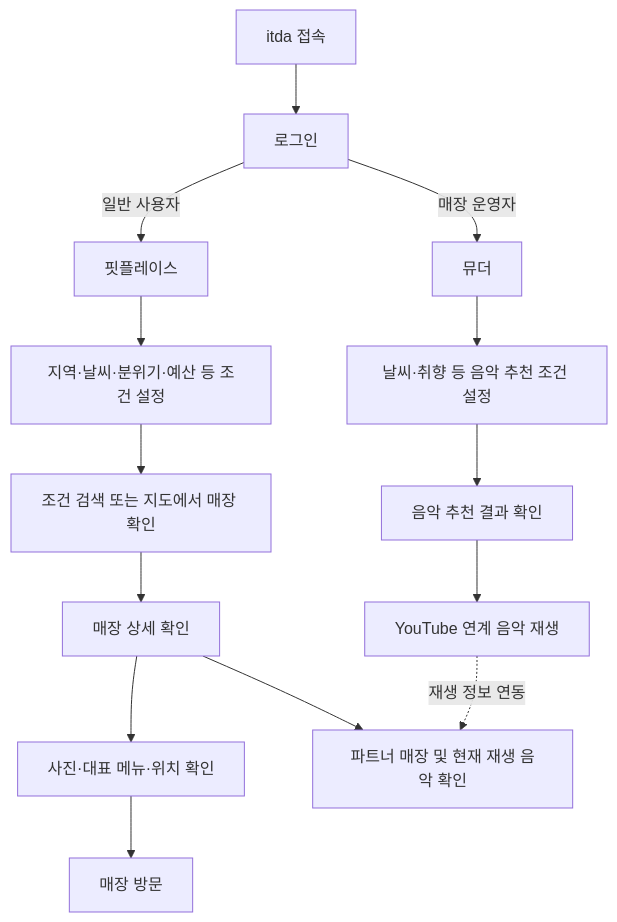
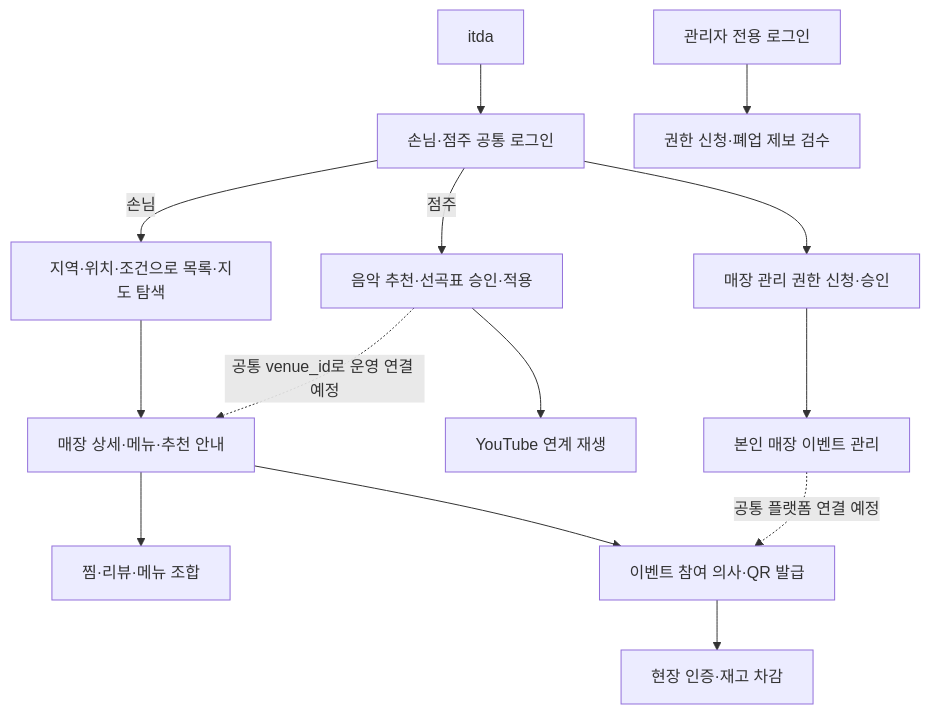
Before and after one commit to encore-ai-campus/mlo-01-p4-team1: the diagram in docs/PRD.md, drawn with Mermaid. The commit also changed other lines of this file and 2 other files, not shown here.

````diff
--- a/docs/PRD.md
+++ b/docs/PRD.md
@@ -36,18 +36,16 @@
 ```mermaid
 flowchart TD
-    Entry["itda 접속"] --> Login["로그인"]
-
-    Login -->|일반 사용자| Fit["핏플레이스"]
-    Fit --> Filter["지역·날씨·분위기·예산 등 조건 설정"]
-    Filter --> Search["조건 검색 또는 지도에서 매장 확인"]
-    Search --> Detail["매장 상세 확인"]
-    Detail --> Info["사진·대표 메뉴·위치 확인"]
-    Detail --> Partner["파트너 매장 및 현재 재생 음악 확인"]
-    Info --> Visit["매장 방문"]
-
-    Login -->|매장 운영자| Muther["뮤더"]
-    Muther --> Options["날씨·취향 등 음악 추천 조건 설정"]
-    Options --> Recommend["음악 추천 결과 확인"]
-    Recommend --> Playback["YouTube 연계 음악 재생"]
-    Playback -. 재생 정보 연동 .-> Partner
+    Entry["itda"] --> Login["손님·점주 공통 로그인"]
+    Login -->|손님| Browse["지역·위치·조건으로 목록·지도 탐색"]
+    Browse --> Detail["매장 상세·메뉴·추천 안내"]
+    Detail --> Activity["찜·리뷰·메뉴 조합"]
+    Detail --> Join["이벤트 참여 의사·QR 발급"]
+    Join --> QR["현장 인증·재고 차감"]
+    Login -->|점주| Music["음악 추천·선곡표 승인·적용"]
+    Music --> Playback["YouTube 연계 재생"]
+    Music -. 공통 venue_id로 운영 연결 예정 .-> Detail
+    Login --> Owner["매장 관리 권한 신청·승인"]
+    Owner --> Event["본인 매장 이벤트 관리"]
+    Event -. 공통 플랫폼 연결 예정 .-> Join
+    Admin["관리자 전용 로그인"] --> Review["권한 신청·폐업 제보 검수"]
 ```
````
